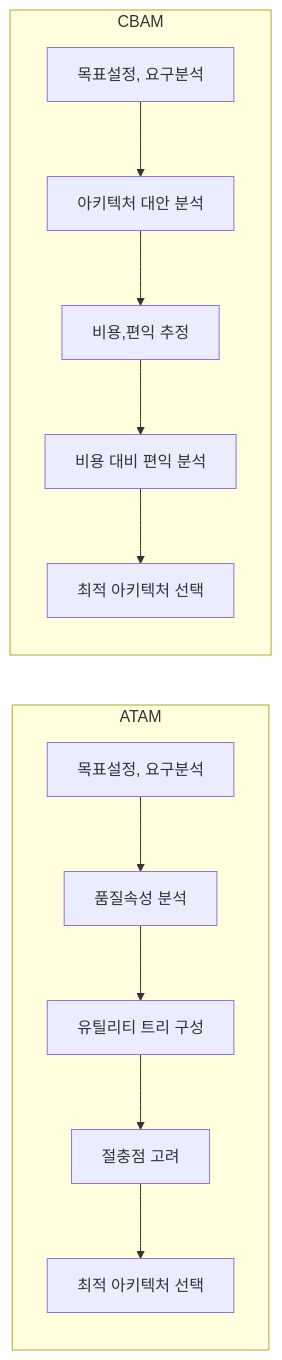
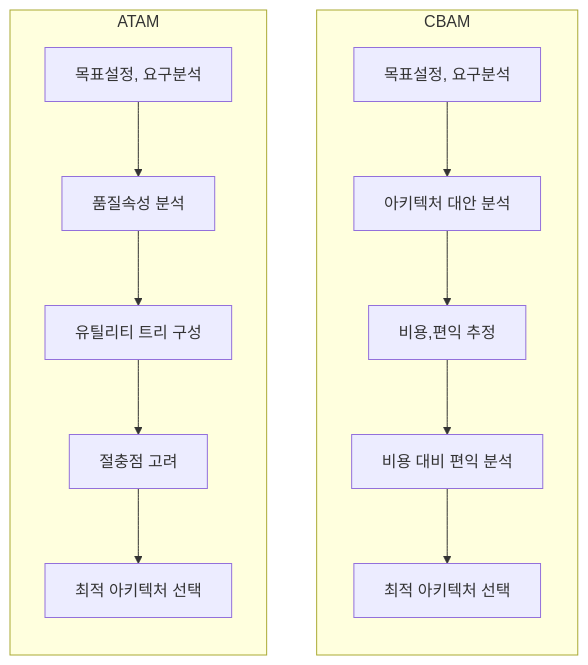
One commit to gracefullight/gracefullight.github.io changed the second of 2 diagrams in blog/pe/engineering/atam-cbam.md. Above: the diagram before and after it, drawn with Mermaid. The commit also changed 2 other files, not shown here.

Commit message:
docs: 📚️ pair ping-pong

````diff
--- a/blog/pe/engineering/atam-cbam.md
+++ b/blog/pe/engineering/atam-cbam.md
@@ -24,16 +24,18 @@
 ```mermaid
-graph LR
+graph TB
+  subgraph CBAM
+    direction TB
+    목표설정2[목표설정, 요구분석] --> 아키텍처대안[아키텍처 대안 분석]
+    아키텍처대안 --> 비용편익추정[비용,편익 추정]
+    비용편익추정 --> 비용편익분석[비용 대비 편익 분석]
+    비용편익분석  --> 최적아키텍처2[최적 아키텍처 선택]
+  end
+
   subgraph ATAM
+    direction TB
     목표설정1[목표설정, 요구분석] --> 품질속성분석[품질속성 분석]
     품질속성분석 --> 유틸리티트리[유틸리티 트리 구성]
     유틸리티트리 --> 절충점[절충점 고려]
     절충점 --> 최적아키텍처1[최적 아키텍처 선택]
   end
-
-  subgraph CBAM
-    목표설정2[목표설정, 요구분석] --> 아키텍처대안[아키텍처 대안 분석]
-    아키텍처대안 --> 비용편익추정[비용,편익 추정]
-    비용편익추정 --> 비용편익분석[비용 대비 편익 분석]
-    비용편익분석  --> 최적아키텍처2[최적 아키텍처 선택]
-  end
 ```
````
